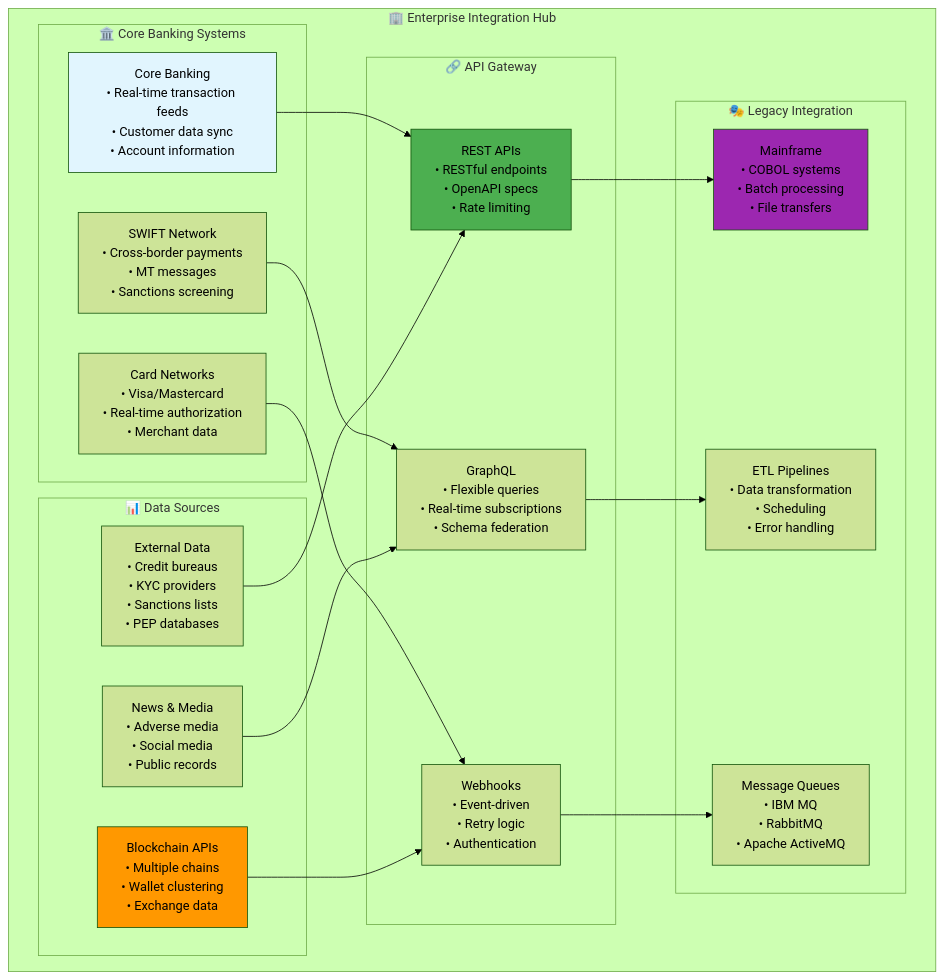
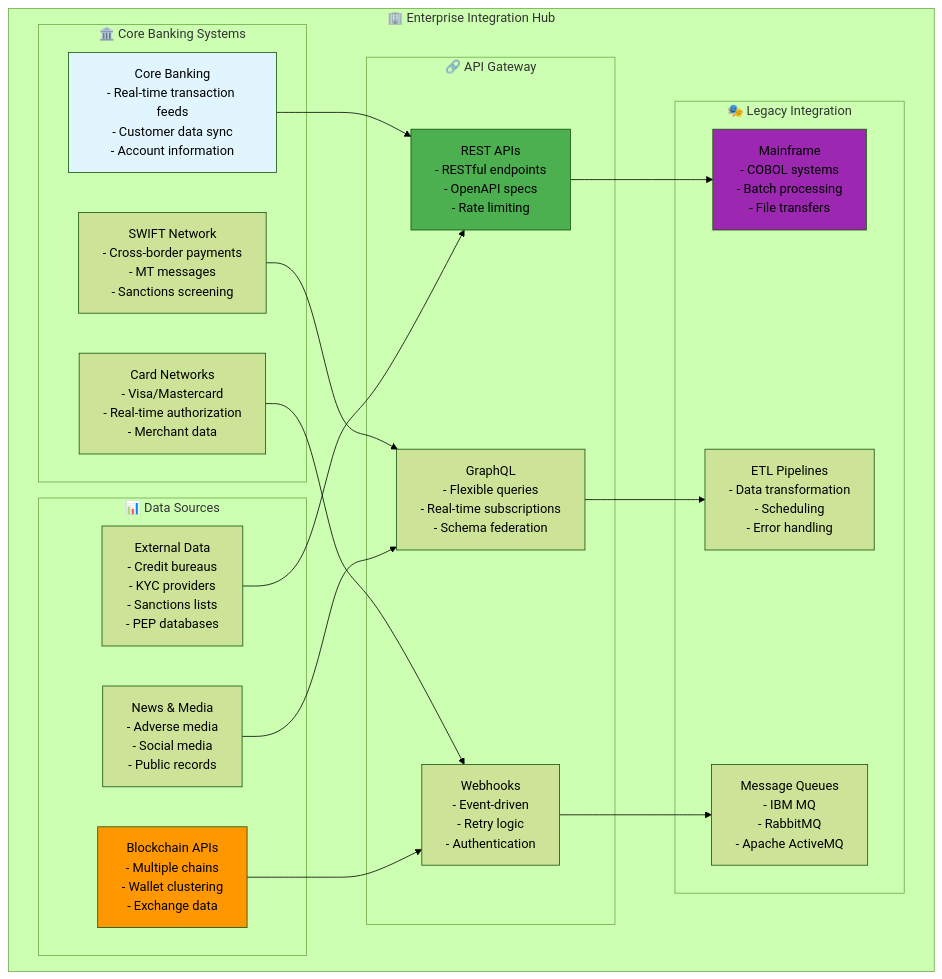
Diagram 11 of 11 in README.md (gregorizeidler-cw/LavandowskI-Chatbot), drawn with Mermaid (forest theme) before and after one commit. The commit also changed other lines of this file, not shown here.

````diff
--- a/README.md
+++ b/README.md
@@ -1513,45 +1513,45 @@
 ```mermaid
 graph TB
     subgraph "🏢 Enterprise Integration Hub"
         subgraph "🏛️ Core Banking Systems"
-            CBS[Core Banking<br/>• Real-time transaction feeds<br/>• Customer data sync<br/>• Account information]
-            SWIFT[SWIFT Network<br/>• Cross-border payments<br/>• MT messages<br/>• Sanctions screening]
-            CARD[Card Networks<br/>• Visa/Mastercard<br/>• Real-time authorization<br/>• Merchant data]
+            CBS[Core Banking<br/>- Real-time transaction feeds<br/>- Customer data sync<br/>- Account information]
+            SWIFT[SWIFT Network<br/>- Cross-border payments<br/>- MT messages<br/>- Sanctions screening]
+            CARD[Card Networks<br/>- Visa/Mastercard<br/>- Real-time authorization<br/>- Merchant data]
         end
         
         subgraph "📊 Data Sources"
-            EXTERNAL[External Data<br/>• Credit bureaus<br/>• KYC providers<br/>• Sanctions lists<br/>• PEP databases]
-            NEWS[News & Media<br/>• Adverse media<br/>• Social media<br/>• Public records]
-            BLOCKCHAIN[Blockchain APIs<br/>• Multiple chains<br/>• Wallet clustering<br/>• Exchange data]
+            EXTERNAL[External Data<br/>- Credit bureaus<br/>- KYC providers<br/>- Sanctions lists<br/>- PEP databases]
+            NEWS[News & Media<br/>- Adverse media<br/>- Social media<br/>- Public records]
+            BLOCKCHAIN[Blockchain APIs<br/>- Multiple chains<br/>- Wallet clustering<br/>- Exchange data]
         end
         
         subgraph "🔗 API Gateway"
-            REST[REST APIs<br/>• RESTful endpoints<br/>• OpenAPI specs<br/>• Rate limiting]
-            GRAPHQL[GraphQL<br/>• Flexible queries<br/>• Real-time subscriptions<br/>• Schema federation]
-            WEBHOOK[Webhooks<br/>• Event-driven<br/>• Retry logic<br/>• Authentication]
+            REST[REST APIs<br/>- RESTful endpoints<br/>- OpenAPI specs<br/>- Rate limiting]
+            GRAPHQL[GraphQL<br/>- Flexible queries<br/>- Real-time subscriptions<br/>- Schema federation]
+            WEBHOOK[Webhooks<br/>- Event-driven<br/>- Retry logic<br/>- Authentication]
         end
         
         subgraph "🎭 Legacy Integration"
-            MAINFRAME[Mainframe<br/>• COBOL systems<br/>• Batch processing<br/>• File transfers]
-            ETL[ETL Pipelines<br/>• Data transformation<br/>• Scheduling<br/>• Error handling]
-            MESSAGE[Message Queues<br/>• IBM MQ<br/>• RabbitMQ<br/>• Apache ActiveMQ]
+            MAINFRAME[Mainframe<br/>- COBOL systems<br/>- Batch processing<br/>- File transfers]
+            ETL[ETL Pipelines<br/>- Data transformation<br/>- Scheduling<br/>- Error handling]
+            MESSAGE[Message Queues<br/>- IBM MQ<br/>- RabbitMQ<br/>- Apache ActiveMQ]
         end
     end
     
     CBS --> REST
     SWIFT --> GRAPHQL
     CARD --> WEBHOOK
     
     EXTERNAL --> REST
     NEWS --> GRAPHQL
     BLOCKCHAIN --> WEBHOOK
     
     REST --> MAINFRAME
     GRAPHQL --> ETL
     WEBHOOK --> MESSAGE
     
     style CBS fill:#e1f5fe
     style BLOCKCHAIN fill:#ff9800
     style REST fill:#4caf50
     style MAINFRAME fill:#9c27b0
 ```
````
